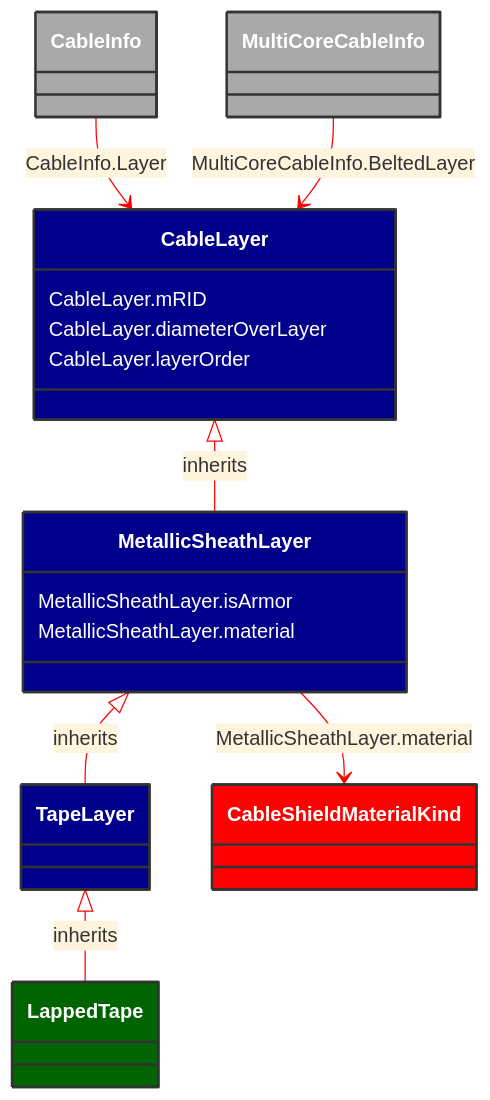
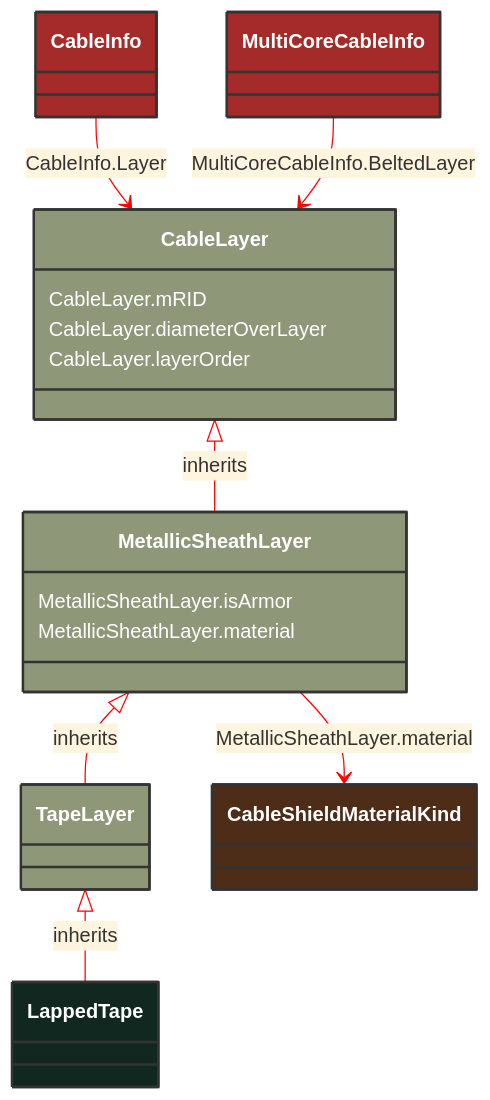
Before and after one commit to 3lbits/NoCIMExtensions: the diagram in docs/Models/Profiles/SubseaCableInfo/ConcreteClasses/LappedTape.md, drawn with Mermaid. The commit also changed 190 other files, not shown here.

````diff
--- a/docs/Models/Profiles/SubseaCableInfo/ConcreteClasses/LappedTape.md
+++ b/docs/Models/Profiles/SubseaCableInfo/ConcreteClasses/LappedTape.md
@@ -8,48 +8,44 @@
 ```mermaid
 %%{init: {'theme':'base','themeVariables': {'lineColor': '#FF0000'}}}%%
 classDiagram
     class LappedTape
     click LappedTape href "/Models/Profiles/SubseaCableInfo/ConcreteClasses/LappedTape/"
-    style LappedTape fill:#006400,stroke:#333,stroke-width:2px,rx:10,ry:10,color:white
-
+    style LappedTape fill:#102820,stroke:#333,stroke-width:2px,rx:10,ry:10,color:white
+     
         TapeLayer <|-- LappedTape : inherits
             click TapeLayer href "/Models/Profiles/SubseaCableInfo/ConcreteClasses/TapeLayer/"
-            style TapeLayer fill:#00008B,stroke:#333,stroke-width:2px,rx:10,ry:10,color:white
-
-        LappedTape
-            click LappedTape href "/Models/Profiles/SubseaCableInfo/ConcreteClasses/LappedTape/"
-            style TapeLayer fill:#00008B,stroke:#333,stroke-width:2px,rx:10,ry:10,color:white
-
+            style TapeLayer fill:#8F9779,stroke:#333,stroke-width:2px,rx:10,ry:10,color:white
+     
         MetallicSheathLayer <|-- TapeLayer : inherits
             click MetallicSheathLayer href "/Models/Profiles/SubseaCableInfo/ConcreteClasses/MetallicSheathLayer/"
-            style MetallicSheathLayer fill:#00008B,stroke:#333,stroke-width:2px,rx:10,ry:10,color:white
-
+            style MetallicSheathLayer fill:#8F9779,stroke:#333,stroke-width:2px,rx:10,ry:10,color:white
+     
         CableLayer <|-- MetallicSheathLayer : inherits
             click CableLayer href "/Models/Profiles/SubseaCableInfo/AbstractClasses/CableLayer/"
-            style CableLayer fill:#00008B,stroke:#333,stroke-width:2px,rx:10,ry:10,color:white
+            style CableLayer fill:#8F9779,stroke:#333,stroke-width:2px,rx:10,ry:10,color:white
 
 
         CableInfo --> CableLayer : CableInfo.Layer
 
         CableInfo
             click CableInfo href "/Models/Profiles/SubseaCableInfo/ConcreteClasses/CableInfo/"
-            style CableInfo fill:#A9A9A9,stroke:#333,stroke-width:2px,rx:10,ry:10,color:white
+            style CableInfo fill:#A52A2A,stroke:#333,stroke-width:2px,rx:10,ry:10,color:white
 
         MultiCoreCableInfo --> CableLayer : MultiCoreCableInfo.BeltedLayer
 
         MultiCoreCableInfo
             click MultiCoreCableInfo href "/Models/Profiles/SubseaCableInfo/ConcreteClasses/MultiCoreCableInfo/"
-            style MultiCoreCableInfo fill:#A9A9A9,stroke:#333,stroke-width:2px,rx:10,ry:10,color:white
+            style MultiCoreCableInfo fill:#A52A2A,stroke:#333,stroke-width:2px,rx:10,ry:10,color:white
 
         MetallicSheathLayer --> CableShieldMaterialKind : MetallicSheathLayer.material
 
         CableShieldMaterialKind
             click CableShieldMaterialKind href "/Models/Profiles/SubseaCableInfo/Enumerations/CableShieldMaterialKind/"
-            style CableShieldMaterialKind fill:#FF0000,stroke:#333,stroke-width:2px,rx:10,ry:10,color:white
+            style CableShieldMaterialKind fill:#4D2D18,stroke:#333,stroke-width:2px,rx:10,ry:10,color:white
 
         MetallicSheathLayer : MetallicSheathLayer.isArmor
         MetallicSheathLayer : MetallicSheathLayer.material
         CableLayer : CableLayer.mRID
         CableLayer : CableLayer.diameterOverLayer
         CableLayer : CableLayer.layerOrder
 ```
````
